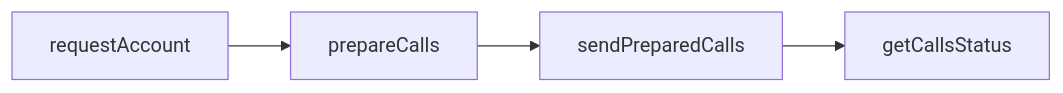
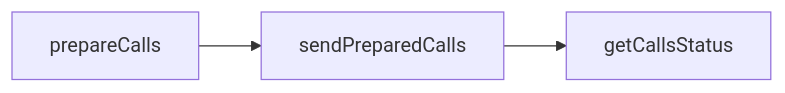
One commit to alchemyplatform/docs changed the diagram in fern/api-reference/smart-wallets/7702-quickstart.mdx. Above: the diagram before and after it, drawn with Mermaid. The commit also changed other lines of this file and 1 other file, not shown here.

````diff
--- a/fern/api-reference/smart-wallets/7702-quickstart.mdx
+++ b/fern/api-reference/smart-wallets/7702-quickstart.mdx
@@ -14,6 +14,5 @@
 ```mermaid
 flowchart LR
-    A[requestAccount] --> B[prepareCalls]
-    B --> C[sendPreparedCalls]
-    C --> D[getCallsStatus]
+    A[prepareCalls] --> B[sendPreparedCalls]
+    B --> C[getCallsStatus]
 ```
````
